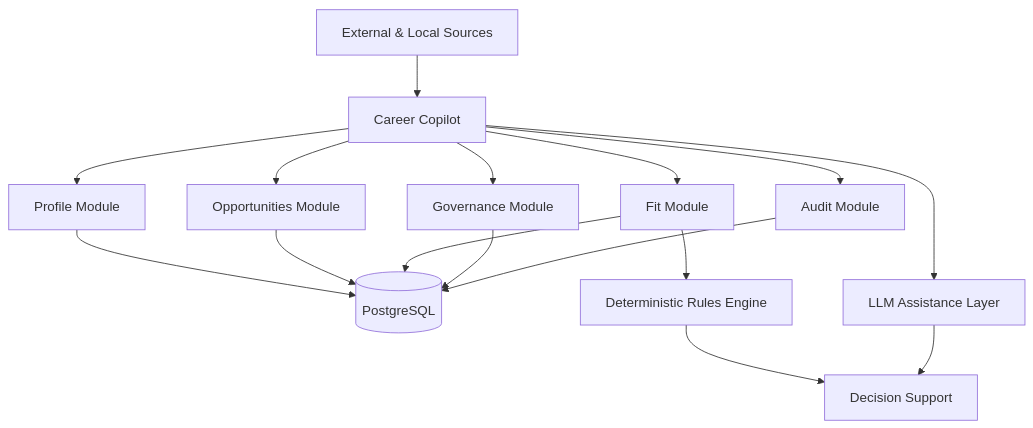
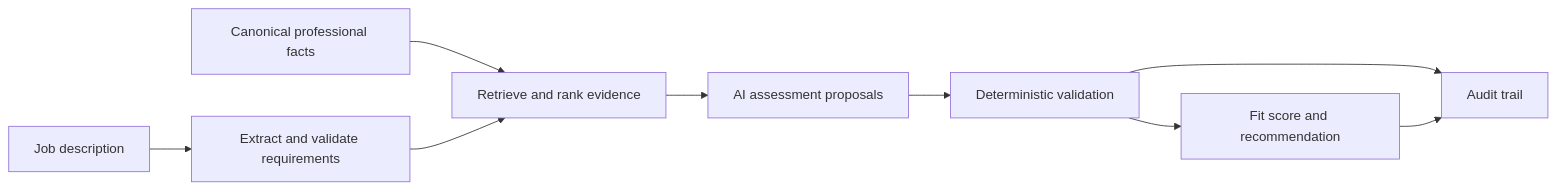
Before and after one commit to paumr90/career-copilot: the diagram in README.md, drawn with Mermaid. The commit also changed other lines of this file, not shown here.

Commit message:
Document verified backend status, local validation and current limitations

````diff
--- a/README.md
+++ b/README.md
@@ -69,22 +33,11 @@
 ```mermaid
-flowchart TD
-    Sources[External & Local Sources] --> App[Career Copilot]
-
-    App --> Profile[Profile Module]
-    App --> Opportunities[Opportunities Module]
-    App --> Fit[Fit Module]
-    App --> Governance[Governance Module]
-    App --> Audit[Audit Module]
-
-    Profile --> DB[(PostgreSQL)]
-    Opportunities --> DB
-    Fit --> DB
-    Governance --> DB
-    Audit --> DB
-
-    Fit --> Rules[Deterministic Rules Engine]
-    App --> LLM[LLM Assistance Layer]
-
-    Rules --> Decision[Decision Support]
-    LLM --> Decision
+flowchart LR
+    Profile[Canonical professional facts] --> Retrieve[Retrieve and rank evidence]
+    JD[Job description] --> Extract[Extract and validate requirements]
+    Extract --> Retrieve
+    Retrieve --> Propose[AI assessment proposals]
+    Propose --> Validate[Deterministic validation]
+    Validate --> Score[Fit score and recommendation]
+    Validate --> Audit[Audit trail]
+    Score --> Audit
 ```
````
